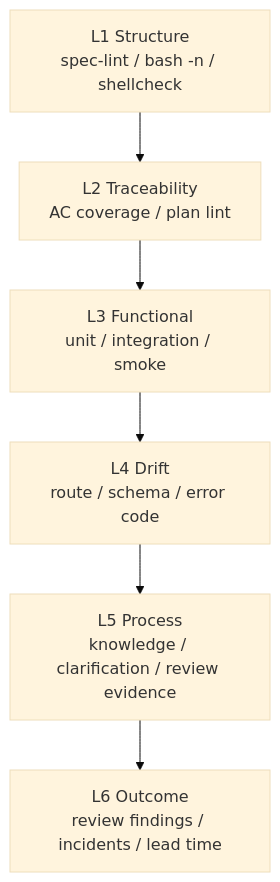
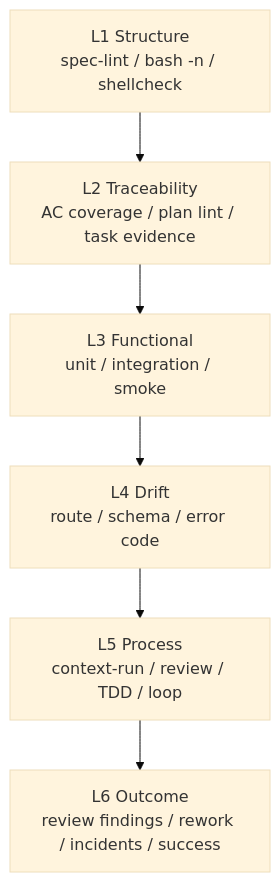
The diagram in docs/wiki/eval.md (zdolphin07-dotcom/lattice), drawn with Mermaid (base theme) before and after one commit. The commit also changed other lines of this file and 1 other file, not shown here.

````diff
--- a/docs/wiki/eval.md
+++ b/docs/wiki/eval.md
@@ -43,11 +33,11 @@
 ```mermaid
 flowchart TB
     L1["L1 Structure\nspec-lint / bash -n / shellcheck"]
-    L2["L2 Traceability\nAC coverage / plan lint"]
+    L2["L2 Traceability\nAC coverage / plan lint / task evidence"]
     L3["L3 Functional\nunit / integration / smoke"]
     L4["L4 Drift\nroute / schema / error code"]
-    L5["L5 Process\nknowledge / clarification / review evidence"]
-    L6["L6 Outcome\nreview findings / incidents / lead time"]
+    L5["L5 Process\ncontext-run / review / TDD / loop"]
+    L6["L6 Outcome\nreview findings / rework / incidents / success"]
 
     L1 --> L2 --> L3 --> L4 --> L5 --> L6
 ```
````
